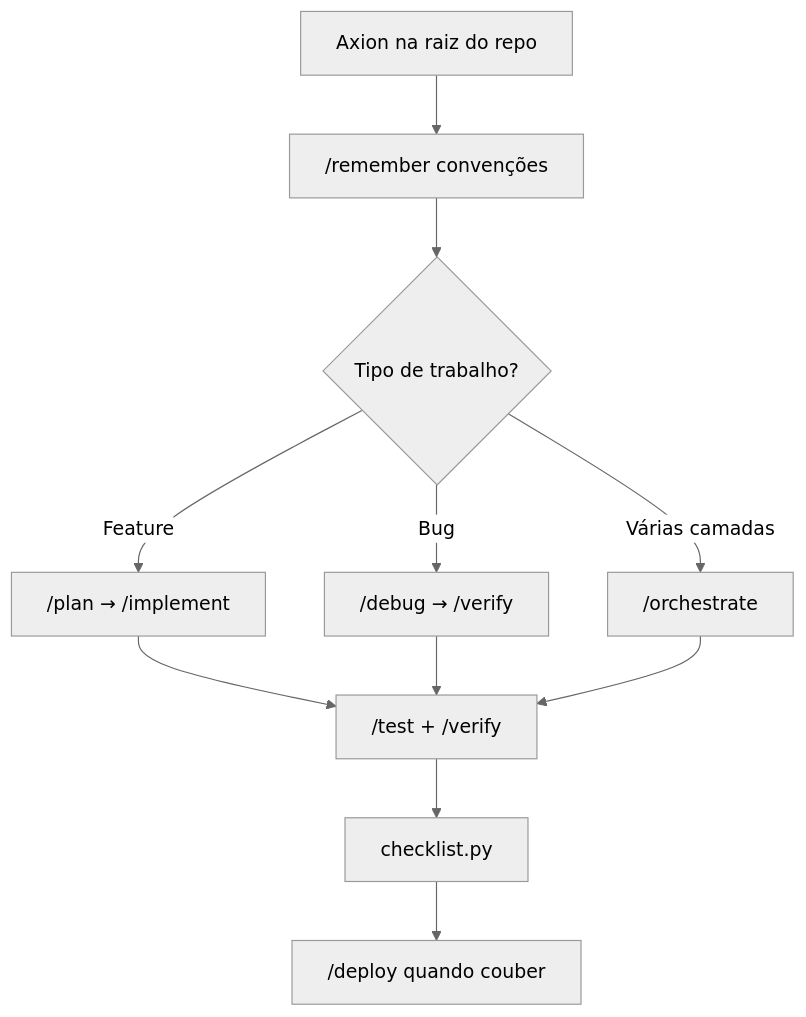
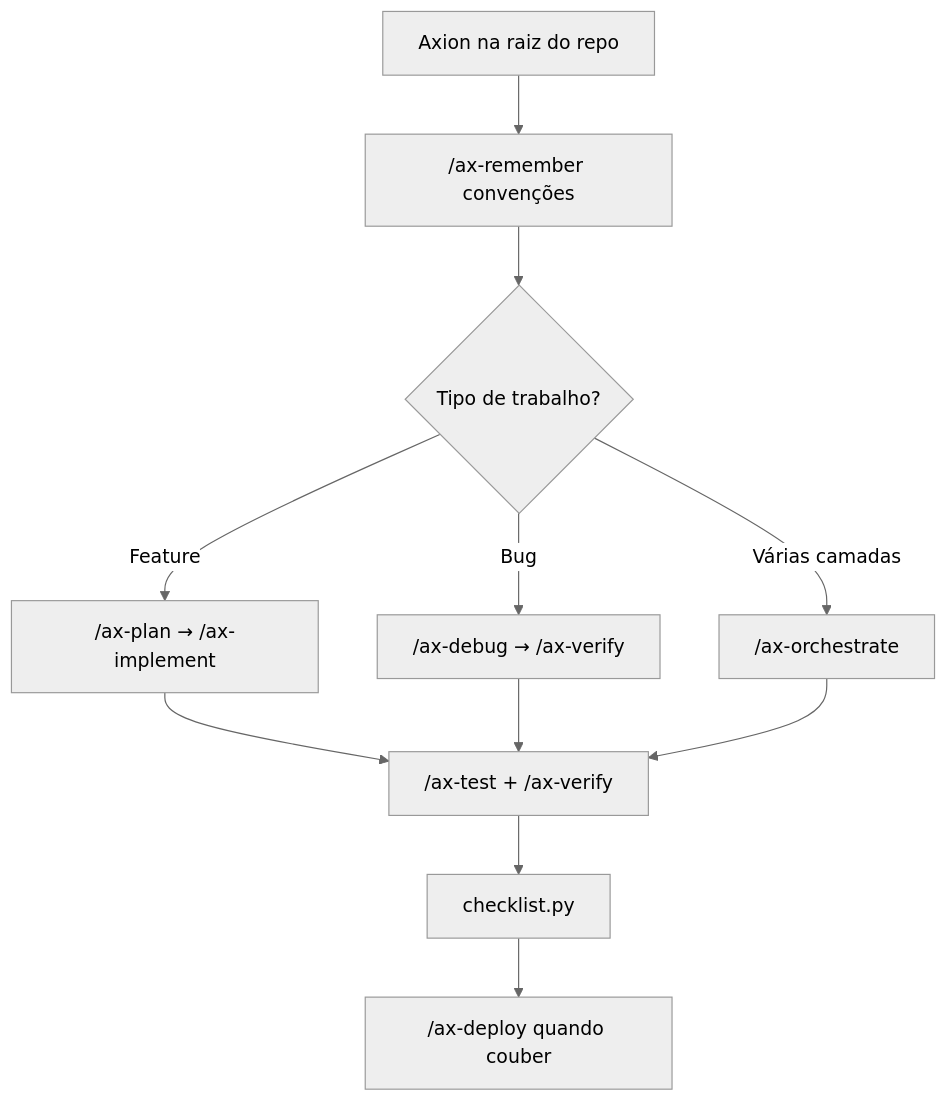
Before and after one commit to zanetta/axion: the second of 2 diagrams in README.md, drawn with Mermaid (neutral theme). The commit also changed other lines of this file and 51 other files, not shown here.

````diff
--- a/README.md
+++ b/README.md
@@ -283,13 +283,13 @@
 ```mermaid
 flowchart TD
-  A[Axion na raiz do repo] --> B["/remember convenções"]
+  A[Axion na raiz do repo] --> B["/ax-remember convenções"]
   B --> C{Tipo de trabalho?}
-  C -->|Feature| D["/plan → /implement"]
-  C -->|Bug| E["/debug → /verify"]
-  C -->|Várias camadas| F["/orchestrate"]
-  D --> G["/test + /verify"]
+  C -->|Feature| D["/ax-plan → /ax-implement"]
+  C -->|Bug| E["/ax-debug → /ax-verify"]
+  C -->|Várias camadas| F["/ax-orchestrate"]
+  D --> G["/ax-test + /ax-verify"]
   E --> G
   F --> G
   G --> H["checklist.py"]
-  H --> I["/deploy quando couber"]
+  H --> I["/ax-deploy quando couber"]
 ```
````
